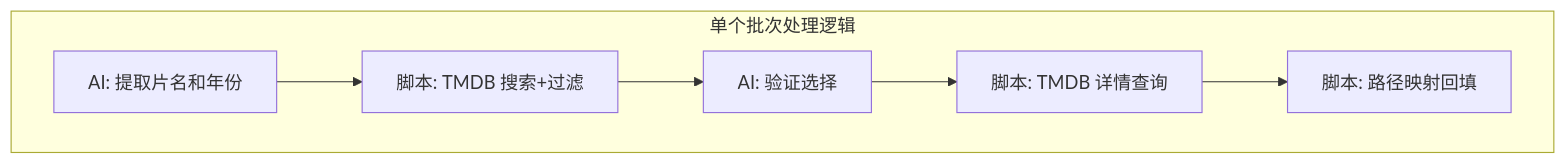
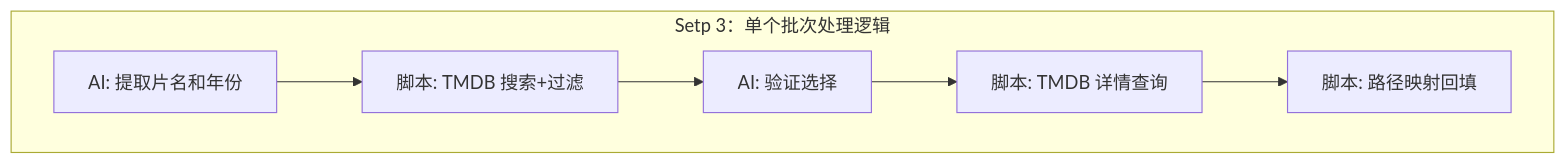
One commit to zengge96/tmdb-scrape changed the second of 2 diagrams in SKILL.md. Above: the diagram before and after it, drawn with Mermaid. The commit also changed other lines of this file, not shown here.

````diff
--- a/SKILL.md
+++ b/SKILL.md
@@ -27,9 +21,9 @@
 ```mermaid
 graph TD
-subgraph "单个批次处理逻辑"
+subgraph "Setp 3：单个批次处理逻辑"
 D1[AI: 提取片名和年份] --> D2[脚本: TMDB 搜索+过滤]
 D2 --> D3[AI: 验证选择]
 D3 --> D4[脚本: TMDB 详情查询]
 D4 --> D5[脚本: 路径映射回填]
 end
 ```
````
